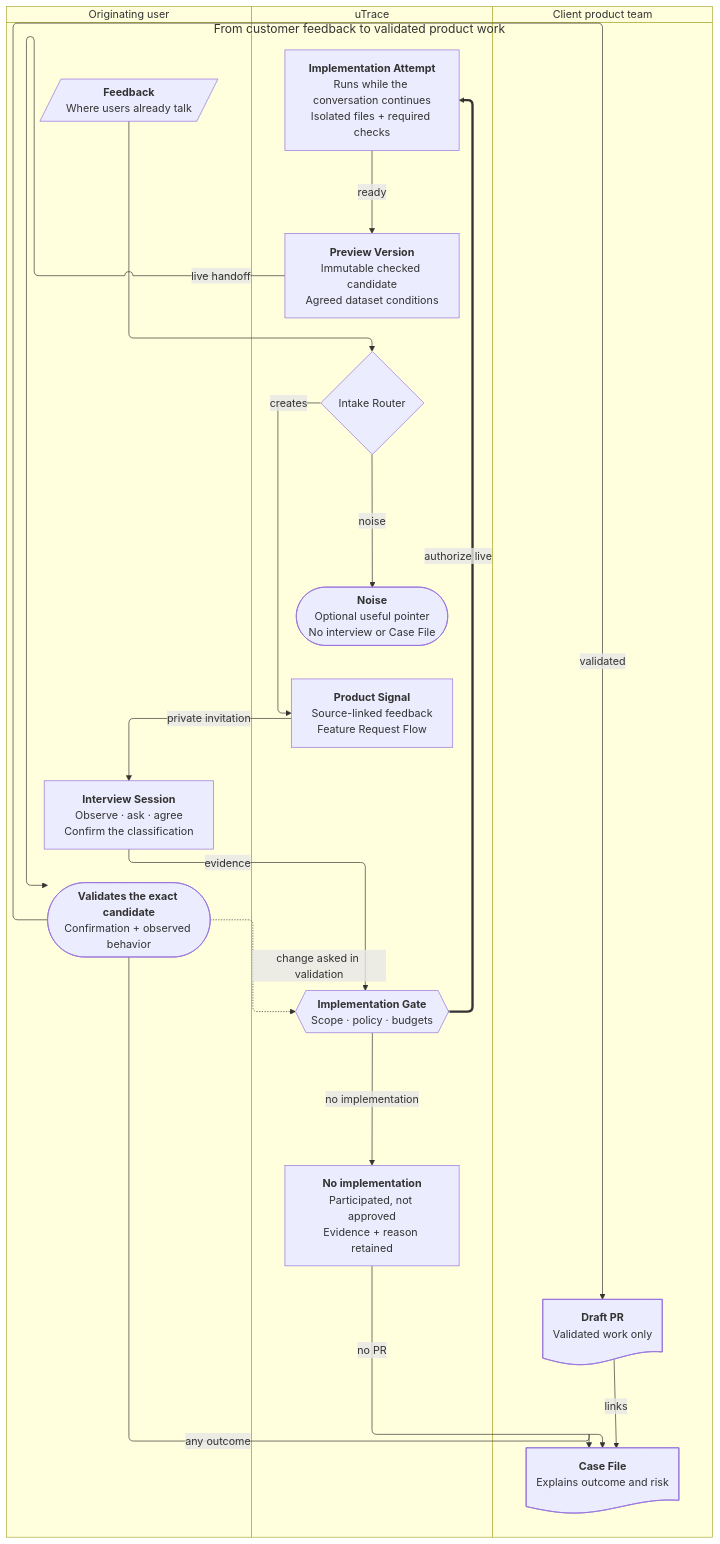
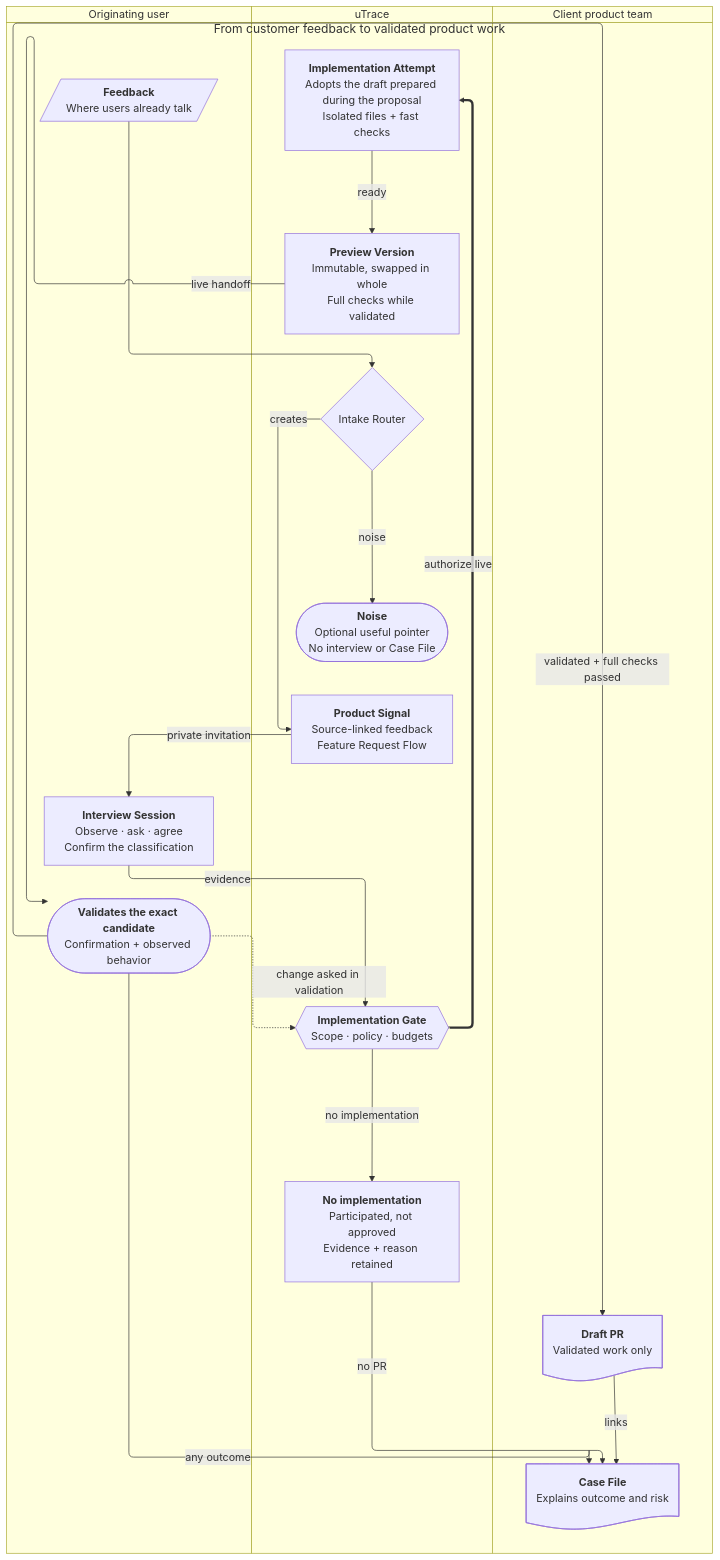
One commit to rithm84/userTrace changed the diagram in docs/diagrams/pele/prd-product-loop.mmd. Above: the diagram before and after it, drawn with Mermaid. The commit also changed 92 other files, not shown here.

```diff
--- a/docs/diagrams/pele/prd-product-loop.mmd
+++ b/docs/diagrams/pele/prd-product-loop.mmd
@@ -1,52 +1,52 @@
 ---
 title: From customer feedback to validated product work
 ---
 swimlane-beta TB
   subgraph customer [Originating user]
     feedback[/"`**Feedback**
     Where users already talk`"/]:::people
     interview["`**Interview Session**
     Observe · ask · agree
     Confirm the classification`"]:::observation
     validate(["`**Validates the exact candidate**
     Confirmation + observed behavior`"]):::people
   end
   subgraph utrace [uTrace]
     router{Intake Router}:::gate
     noise(["`**Noise**
     Optional useful pointer
     No interview or Case File`"]):::neutral
     signal["`**Product Signal**
     Source-linked feedback
     Feature Request Flow`"]:::runtime
     gate{{"`**Implementation Gate**
     Scope · policy · budgets`"}}:::gate
     attempt["`**Implementation Attempt**
-    Runs while the conversation continues
-    Isolated files + required checks`"]:::runtime
+    Adopts the draft prepared during the proposal
+    Isolated files + fast checks`"]:::runtime
     preview["`**Preview Version**
-    Immutable checked candidate
-    Agreed dataset conditions`"]:::observation
+    Immutable, swapped in whole
+    Full checks while validated`"]:::observation
     none["`**No implementation**
     Participated, not approved
     Evidence + reason retained`"]:::external
   end
   subgraph team [Client product team]
     casefile@{ shape: doc, label: "**Case File**<br/>Explains outcome and risk" }
     pr@{ shape: doc, label: "**Draft PR**<br/>Validated work only" }
   end
   feedback --> router
   router -->|creates| signal
   router -->|noise| noise
   signal -->|private invitation| interview
   interview -->|evidence| gate
   gate ==>|authorize live| attempt
   gate blocked_1@-->|no implementation| none
   attempt -->|ready| preview
   preview -->|live handoff| validate
   validate async_1@-.->|change asked in validation| gate
   validate -->|any outcome| casefile
-  validate ok_1@-->|validated| pr
+  validate ok_1@-->|validated + full checks passed| pr
   none -->|no PR| casefile
   pr -->|links| casefile
   class casefile,pr outcome
```
